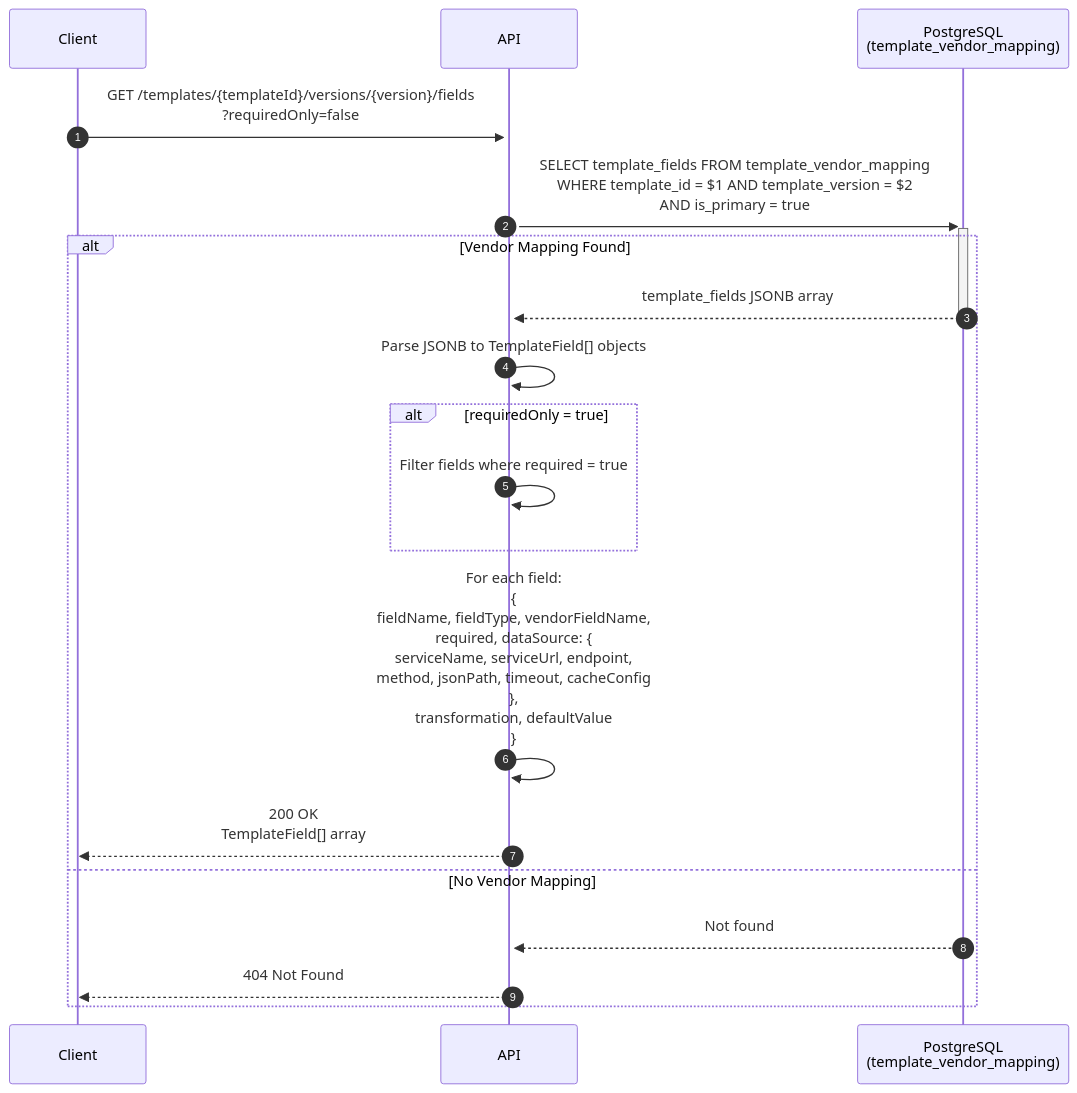
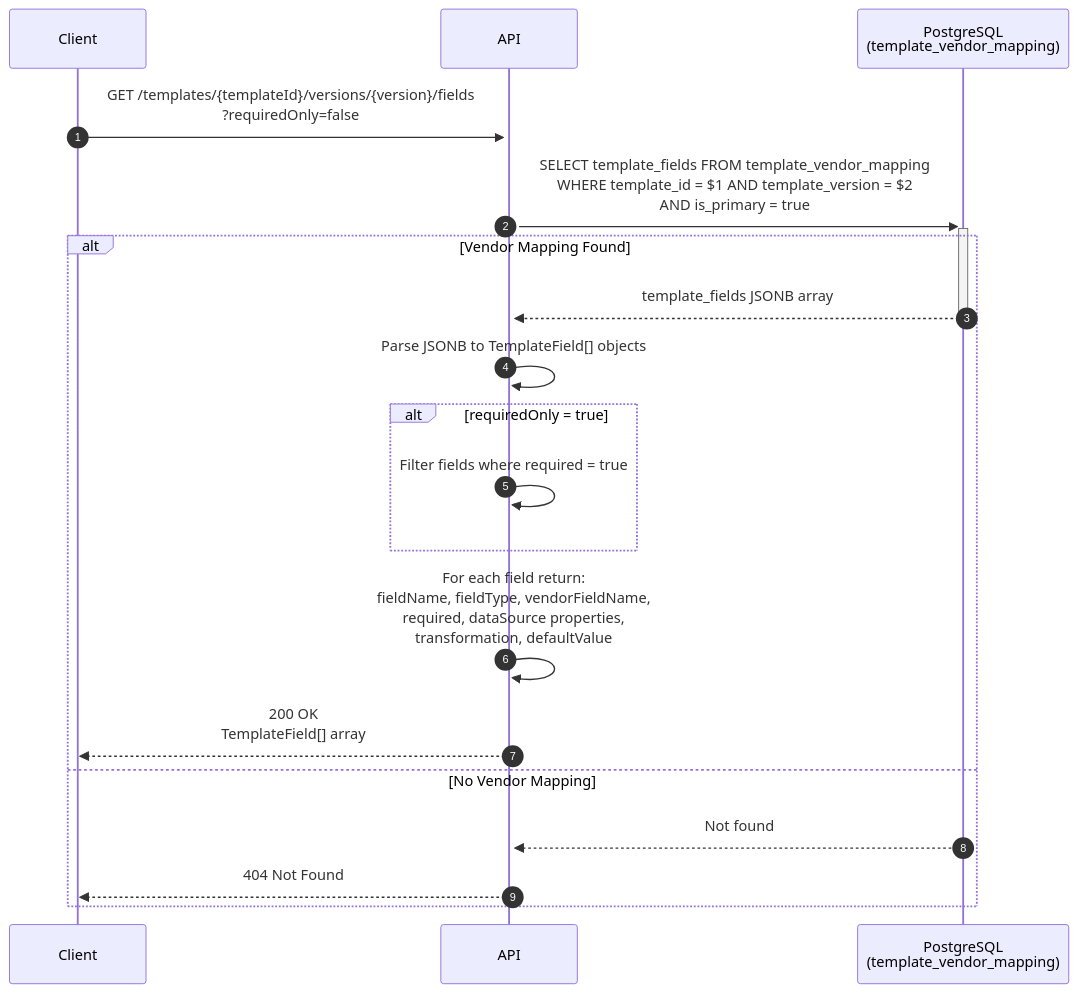
One commit to ghmd86/document-hub changed diagram 11 of 14 in docs/sequence-diagrams/complete_api_sequence_diagrams.md. Above: the diagram before and after it, drawn with Mermaid. The commit also changed other lines of this file, not shown here.

First line of the commit message:
Fix Mermaid syntax errors in sequence diagrams

````diff
--- a/docs/sequence-diagrams/complete_api_sequence_diagrams.md
+++ b/docs/sequence-diagrams/complete_api_sequence_diagrams.md
@@ -582,30 +582,30 @@
 ```mermaid
 sequenceDiagram
     autonumber
 
     participant Client
     participant API
     participant DB as PostgreSQL<br/>(template_vendor_mapping)
 
     Client->>+API: GET /templates/{templateId}/versions/{version}/fields<br/>?requiredOnly=false
 
     API->>+DB: SELECT template_fields FROM template_vendor_mapping<br/>WHERE template_id = $1 AND template_version = $2<br/>AND is_primary = true
 
     alt Vendor Mapping Found
         DB-->>-API: template_fields JSONB array
 
         API->>API: Parse JSONB to TemplateField[] objects
 
         alt requiredOnly = true
             API->>API: Filter fields where required = true
         end
 
-        API->>API: For each field:<br/>{<br/>  fieldName, fieldType, vendorFieldName,<br/>  required, dataSource: {<br/>    serviceName, serviceUrl, endpoint,<br/>    method, jsonPath, timeout, cacheConfig<br/>  },<br/>  transformation, defaultValue<br/>}
+        API->>API: For each field return:<br/>fieldName, fieldType, vendorFieldName,<br/>required, dataSource properties,<br/>transformation, defaultValue
 
         API-->>Client: 200 OK<br/>TemplateField[] array
 
     else No Vendor Mapping
         DB-->>API: Not found
         API-->>Client: 404 Not Found
     end
 ```
````
